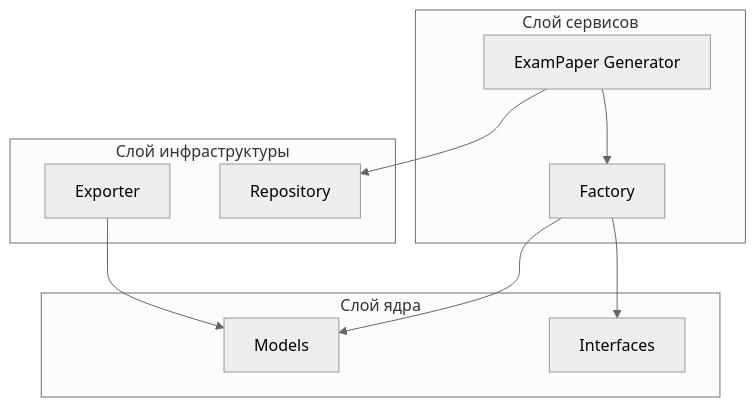
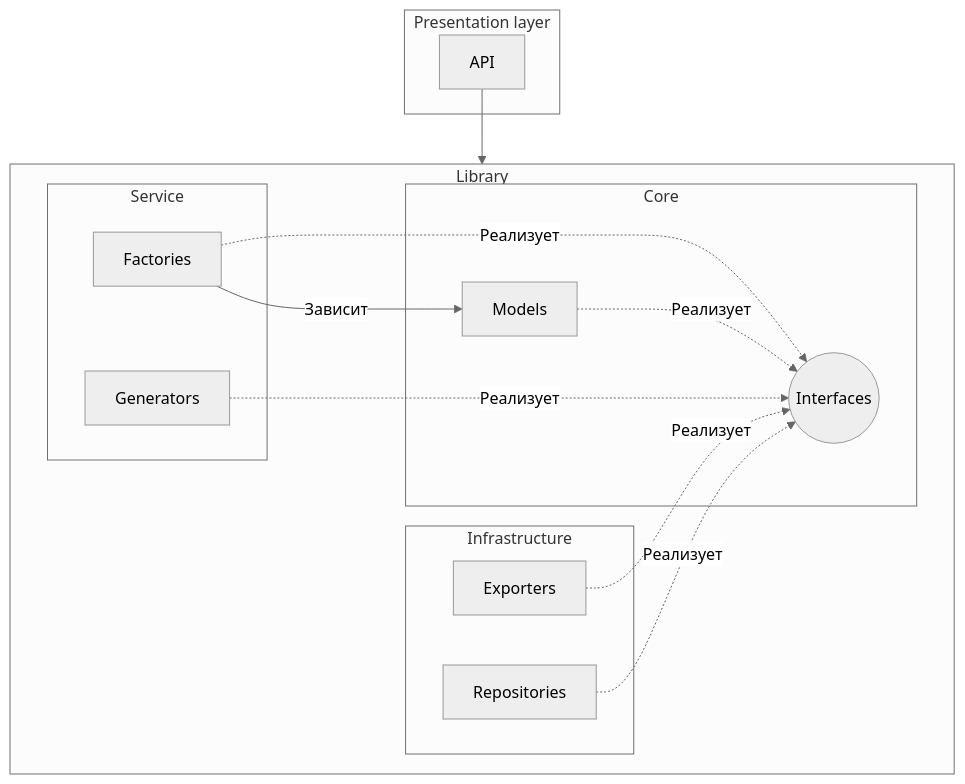
One commit to college-top-vrn/ExamPaper- changed the first of 3 diagrams in README.md. Above: the diagram before and after it, drawn with Mermaid (neutral theme).

Commit message:
Обновил диаграмму компонентов

````diff
--- a/README.md
+++ b/README.md
@@ -3,25 +3,30 @@
 ```mermaid
-flowchart TD
-    subgraph CoreLayer [Слой ядра]
-        Models[Models]
-        Interfaces[Interfaces]
-    end
+flowchart
+subgraph Library
+subgraph Core
+Interfaces((Interfaces))
+Models[Models]
+Models-.Реализует.->Interfaces
+end
 
-    subgraph ServiceLayer [Слой сервисов]
-        ExamPaperGenerator[ExamPaper Generator]
-        Factory[Factory]
-    end
+subgraph Infrastructure
+Exporters[Exporters]
+Exporters-.Реализует.->Interfaces
+Repositories[Repositories]
+Repositories-.Реализует.->Interfaces
+end
 
-    subgraph InfrastructureLayer [Слой инфраструктуры]
-        Exporter[Exporter]
-        Repository[Repository]
-    end
+subgraph Service
+Factories[Factories]
+Factories-.Реализует.->Interfaces
+Factories--Зависит-->Models
+Generators[Generators]
+Generators-.Реализует.->Interfaces
+end
+end
 
-    ExamPaperGenerator --> Factory
-    ExamPaperGenerator --> Repository
-
-    Factory --> Models
-    Factory --> Interfaces
-
-    Exporter --> Models
+subgraph Presentation layer
+API[API]
+end
+API-->Library
 ```
````
